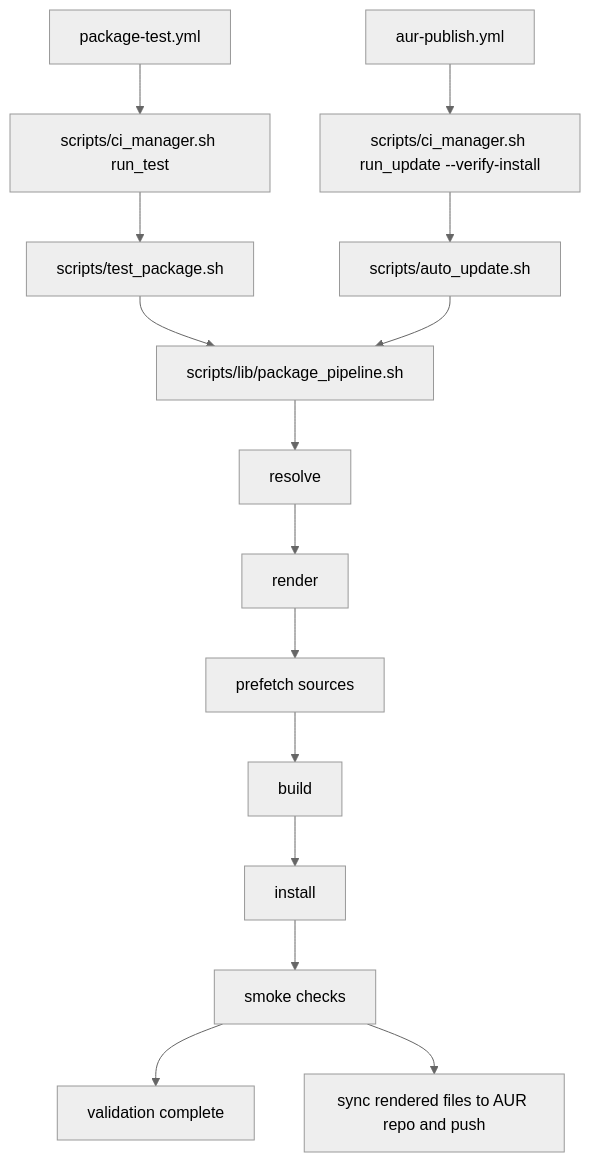
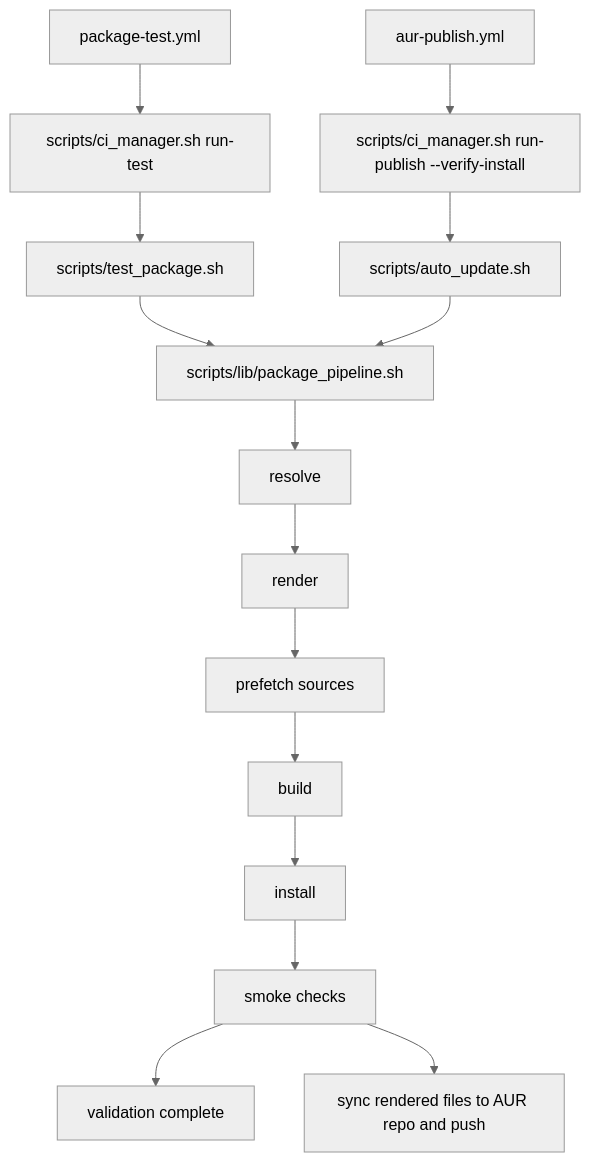
One commit to theorangeguo/aur-packages changed the second of 4 diagrams in docs/WORKFLOW.md. Above: the diagram before and after it, drawn with Mermaid (neutral theme). The commit also changed other lines of this file and 22 other files, not shown here.

````diff
--- a/docs/WORKFLOW.md
+++ b/docs/WORKFLOW.md
@@ -82,21 +84,21 @@
 ```mermaid
 flowchart TD
-    A[package-test.yml] --> B[scripts/ci_manager.sh run_test]
-    C[aur-publish.yml] --> D[scripts/ci_manager.sh run_update --verify-install]
+    A[package-test.yml] --> B[scripts/ci_manager.sh run-test]
+    C[aur-publish.yml] --> D[scripts/ci_manager.sh run-publish --verify-install]
 
     B --> E[scripts/test_package.sh]
     D --> F[scripts/auto_update.sh]
 
     E --> G[scripts/lib/package_pipeline.sh]
     F --> G
 
     G --> H[resolve]
     H --> I[render]
     I --> J[prefetch sources]
     J --> K[build]
     K --> L[install]
     L --> M[smoke checks]
 
     M --> N[validation complete]
     M --> O[sync rendered files to AUR repo and push]
 ```
````
